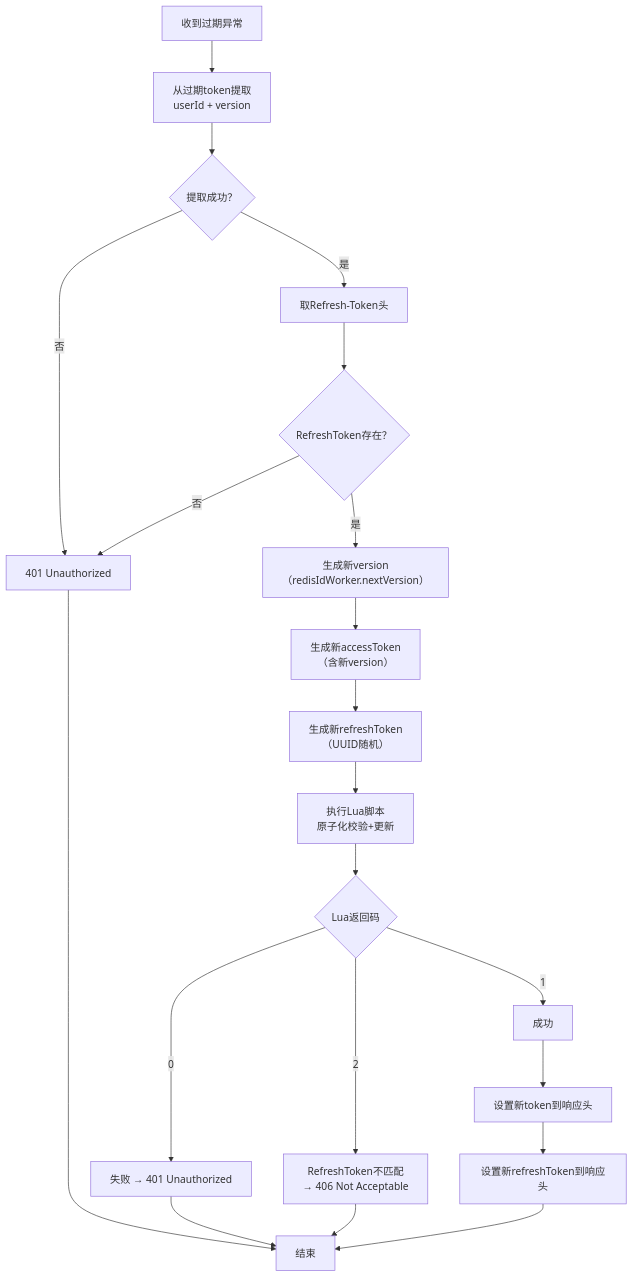
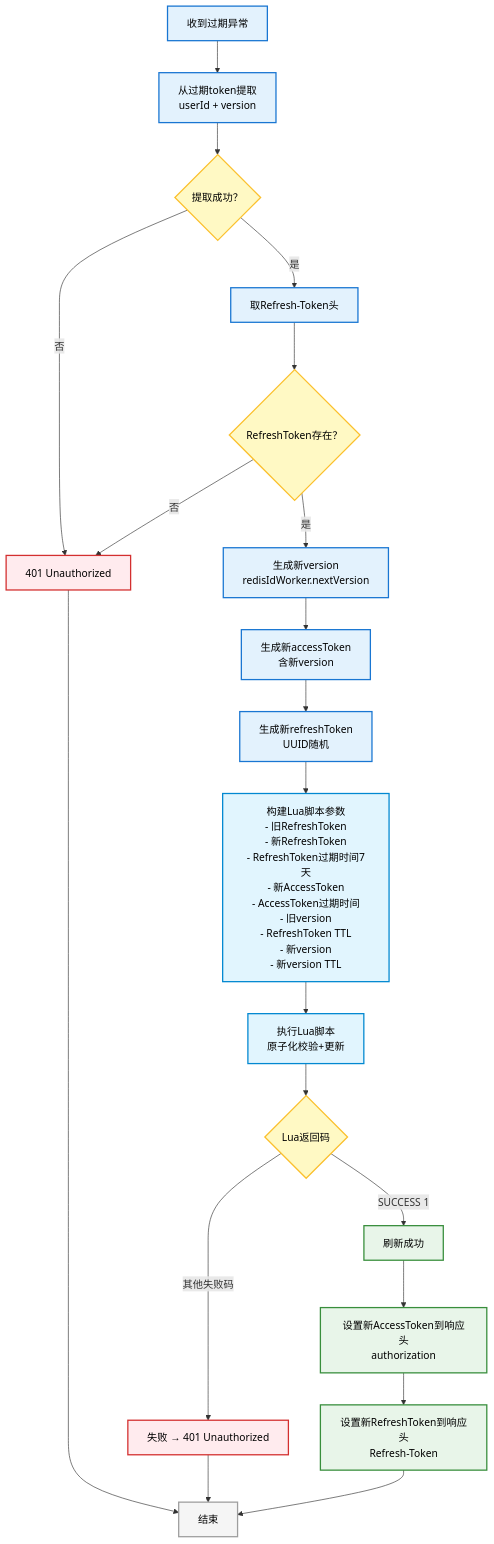
Before and after one commit to vacontinuejatotired/hm-dianping: the third of 3 diagrams in README.md, drawn with Mermaid. The commit also changed other lines of this file and 1 other file, not shown here.

````diff
--- a/README.md
+++ b/README.md
@@ -81,25 +102,44 @@
 ```mermaid
 flowchart TD
-    A[收到过期异常] --> B[从过期token提取<br>userId + version]
-    B --> C{提取成功？}
-    C -->|否| D[401 Unauthorized] --> END[结束]
-    
-    C -->|是| E[取Refresh-Token头]
-    E --> F{RefreshToken存在？}
-    F -->|否| D
-    
-    F -->|是| G[生成新version<br>（redisIdWorker.nextVersion）]
-    G --> H[生成新accessToken<br>（含新version）]
-    H --> I[生成新refreshToken<br>（UUID随机）]
-    
-    I --> J[执行Lua脚本<br>原子化校验+更新]
-    J --> K{Lua返回码}
-    
-    K -->|0| L[失败 → 401 Unauthorized] --> END
-    K -->|2| M[RefreshToken不匹配<br>→ 406 Not Acceptable] --> END
-    
-    K -->|1| N[成功]
-    N --> O[设置新token到响应头]
-    O --> P[设置新refreshToken到响应头]
-    P --> END
+  A[收到过期异常] --> B[从过期token提取<br>userId + version]
+  B --> C{提取成功？}
+C -->|否| D[401 Unauthorized] --> END[结束]
+
+C -->|是| E[取Refresh-Token头]
+E --> F{RefreshToken存在？}
+F -->|否| D
+
+F -->|是| G[生成新version<br>redisIdWorker.nextVersion]
+G --> H[生成新accessToken<br>含新version]
+H --> I[生成新refreshToken<br>UUID随机]
+
+I --> J[构建Lua脚本参数<br>- 旧RefreshToken<br>- 新RefreshToken<br>- RefreshToken过期时间7天<br>- 新AccessToken<br>- AccessToken过期时间<br>- 旧version<br>- RefreshToken TTL<br>- 新version<br>- 新version TTL]
+
+J --> K[执行Lua脚本<br>原子化校验+更新]
+K --> L{Lua返回码}
+
+L -->|SUCCESS 1| M[刷新成功]
+L -->|其他失败码| N[失败 → 401 Unauthorized] --> END
+
+M --> O[设置新AccessToken到响应头<br>authorization]
+O --> P[设置新RefreshToken到响应头<br>Refresh-Token]
+P --> END
+
+style A fill:#e3f2fd,stroke:#1976d2,stroke-width:2px,color:#000
+style B fill:#e3f2fd,stroke:#1976d2,stroke-width:2px,color:#000
+style C fill:#fff9c4,stroke:#fbc02d,stroke-width:2px,color:#000
+style D fill:#ffebee,stroke:#d32f2f,stroke-width:2px,color:#000
+style E fill:#e3f2fd,stroke:#1976d2,stroke-width:2px,color:#000
+style F fill:#fff9c4,stroke:#fbc02d,stroke-width:2px,color:#000
+style G fill:#e3f2fd,stroke:#1976d2,stroke-width:2px,color:#000
+style H fill:#e3f2fd,stroke:#1976d2,stroke-width:2px,color:#000
+style I fill:#e3f2fd,stroke:#1976d2,stroke-width:2px,color:#000
+style J fill:#e1f5fe,stroke:#0288d1,stroke-width:2px,color:#000
+style K fill:#e1f5fe,stroke:#0288d1,stroke-width:2px,color:#000
+style L fill:#fff9c4,stroke:#fbc02d,stroke-width:2px,color:#000
+style M fill:#e8f5e9,stroke:#388e3c,stroke-width:2px,color:#000
+style N fill:#ffebee,stroke:#d32f2f,stroke-width:2px,color:#000
+style O fill:#e8f5e9,stroke:#388e3c,stroke-width:2px,color:#000
+style P fill:#e8f5e9,stroke:#388e3c,stroke-width:2px,color:#000
+style END fill:#f5f5f5,stroke:#9e9e9e,stroke-width:2px,color:#000
 ```
````
